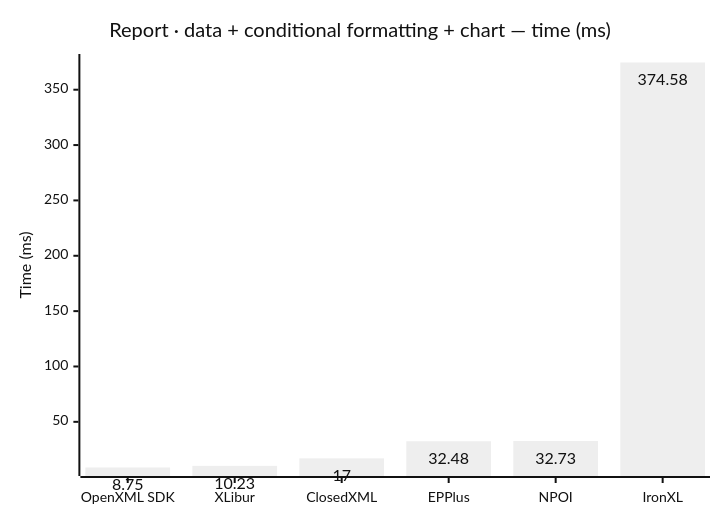
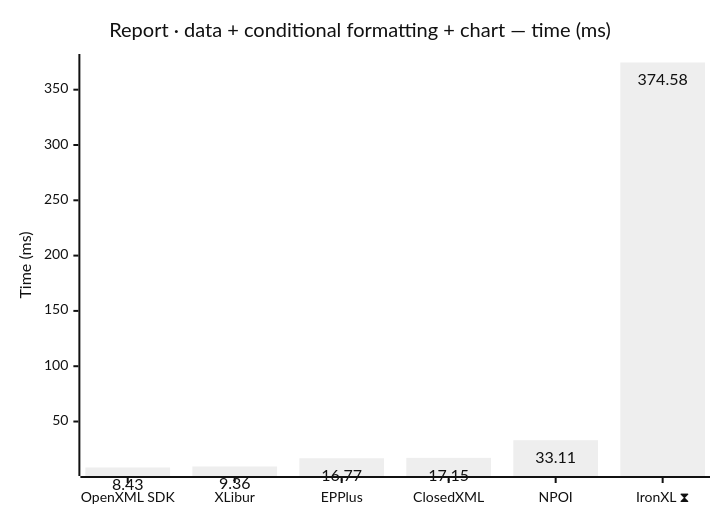
One commit to jafin/XLBench changed the seventh of 10 diagrams in docs/results.md. Above: the diagram before and after it, drawn with Mermaid (neutral theme). The commit also changed other lines of this file and 2 other files, not shown here.

First line of the commit message:
docs: refresh benchmark results on XLibur 0.300.0

````diff
--- a/docs/results.md
+++ b/docs/results.md
@@ -113,12 +117,12 @@
 ```mermaid
 ---
 config:
   xyChart:
     showDataLabel: true
 ---
 xychart-beta
     title "Report · data + conditional formatting + chart — time (ms)"
-    x-axis ["OpenXML SDK", "XLibur", "ClosedXML", "EPPlus", "NPOI", "IronXL"]
+    x-axis ["OpenXML SDK", "XLibur", "EPPlus", "ClosedXML", "NPOI", "IronXL ⧗"]
     y-axis "Time (ms)"
-    bar [8.75, 10.23, 17, 32.48, 32.73, 374.58]
+    bar [8.43, 9.36, 16.77, 17.15, 33.11, 374.58]
 ```
````
